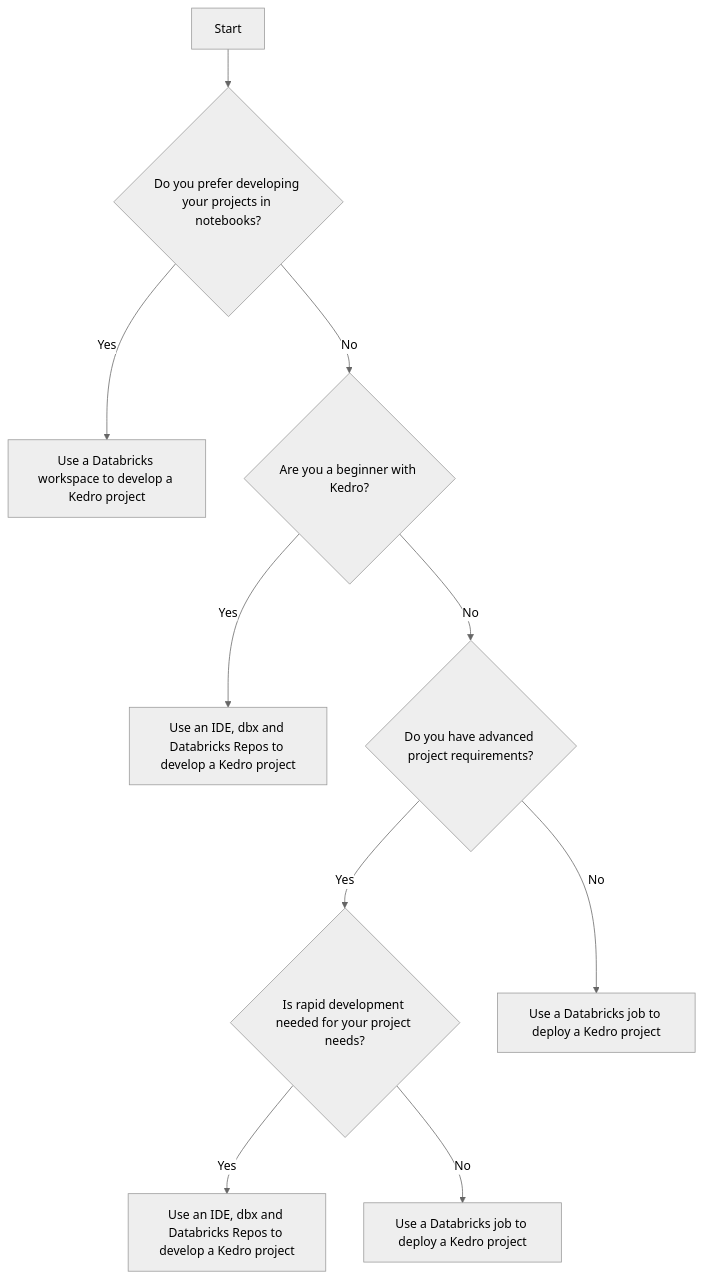
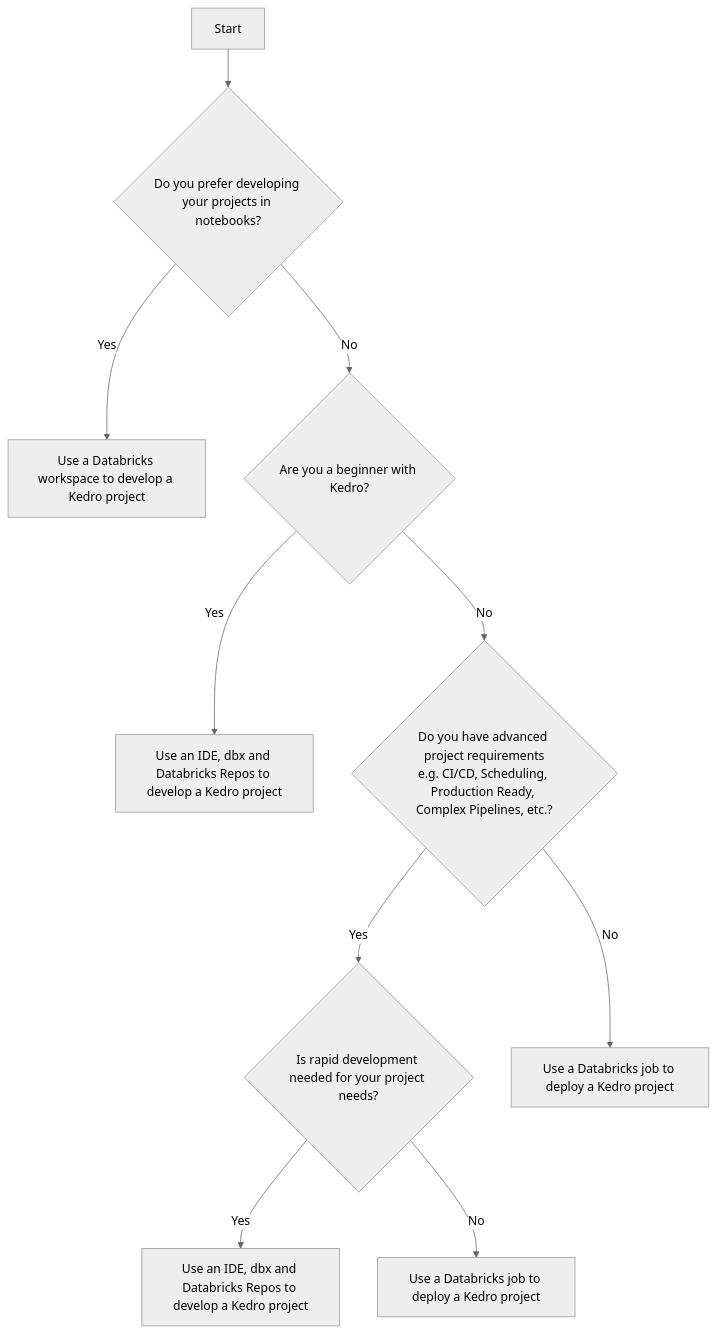
Before and after one commit to kedro-org/kedro: the diagram in docs/source/deployment/databricks/choosing_databricks_workflow.md, drawn with Mermaid (neutral theme). The commit also changed other lines of this file, not shown here.

Commit message:
add examples of advanced requirements

````diff
--- a/docs/source/deployment/databricks/choosing_databricks_workflow.md
+++ b/docs/source/deployment/databricks/choosing_databricks_workflow.md
@@ -27,12 +28,12 @@
 ```mermaid
 graph TD
   A[Start] --> B{Do you prefer developing your projects in notebooks?}
   B -->|Yes| C[Use a Databricks workspace to develop a Kedro project]
   B -->|No| D{Are you a beginner with Kedro?}
   D -->|Yes| E[Use an IDE, dbx and Databricks Repos to develop a Kedro project]
-  D -->|No| F{Do you have advanced project requirements?}
+  D -->|No| F{Do you have advanced project requirements<br>e.g. CI/CD, Scheduling, Production Ready, Complex Pipelines, etc.?}
   F -->|Yes| G{Is rapid development needed for your project needs?}
   F -->|No| H[Use a Databricks job to deploy a Kedro project]
   G -->|Yes| I[Use an IDE, dbx and Databricks Repos to develop a Kedro project]
   G -->|No| J[Use a Databricks job to deploy a Kedro project]
 ```
````
